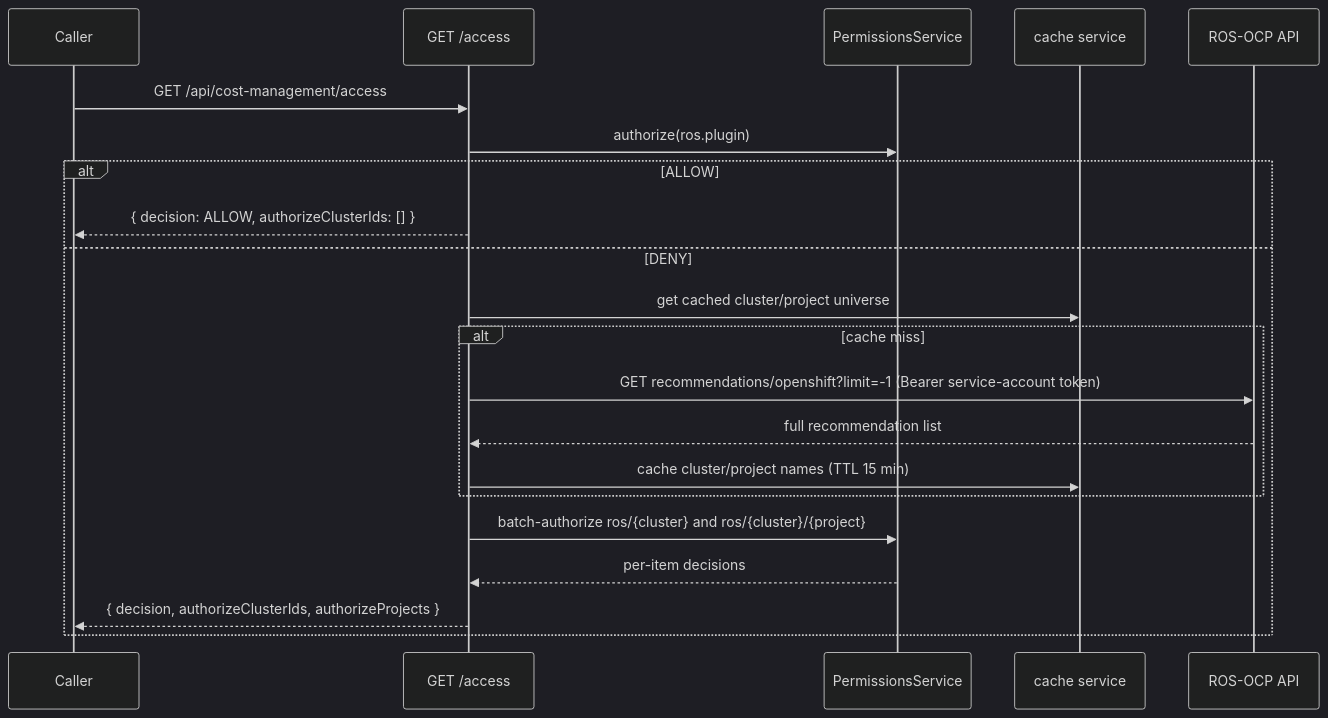
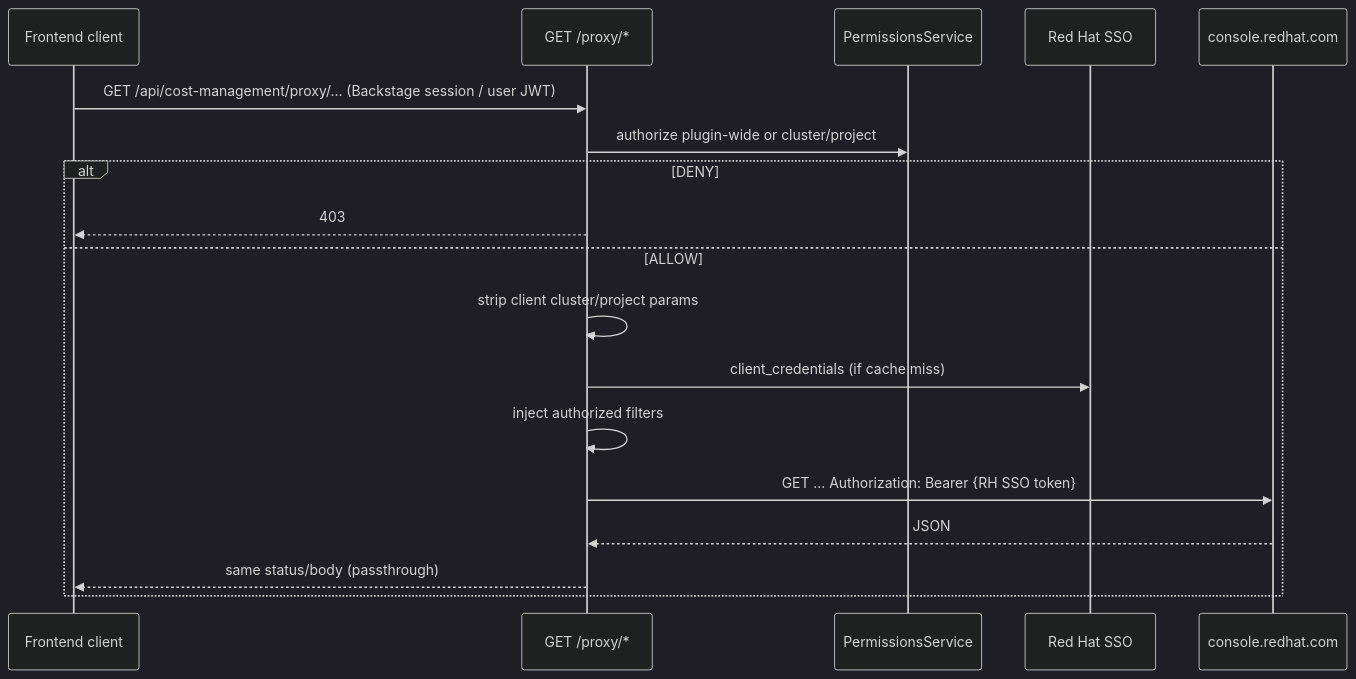
The second of 2 diagrams in workspaces/cost-management/docs/api-flow.md (redhat-developer/rhdh-plugins), drawn with Mermaid (dark theme) before and after one commit. The commit also changed other lines of this file and 4 other files, not shown here.

First line of the commit message:
docs(cost-management): streamline architecture and API walkthrough docs

````diff
--- a/workspaces/cost-management/docs/api-flow.md
+++ b/workspaces/cost-management/docs/api-flow.md
@@ -282,24 +80,21 @@
 ```mermaid
 sequenceDiagram
-    participant Caller
-    participant BE as GET /access
+    participant FE as Frontend client
+    participant BE as GET /proxy/*
     participant Perm as PermissionsService
-    participant Cache as cache service
-    participant API as ROS-OCP API
+    participant SSO as Red Hat SSO
+    participant API as console.redhat.com
 
-    Caller->>BE: GET /api/cost-management/access
-    BE->>Perm: authorize(ros.plugin)
-    alt ALLOW
-        BE-->>Caller: { decision: ALLOW, authorizeClusterIds: [] }
-    else DENY
-        BE->>Cache: get cached cluster/project universe
-        alt cache miss
-            BE->>API: GET recommendations/openshift?limit=-1 (Bearer service-account token)
-            API-->>BE: full recommendation list
-            BE->>Cache: cache cluster/project names (TTL 15 min)
-        end
-        BE->>Perm: batch-authorize ros/{cluster} and ros/{cluster}/{project}
-        Perm-->>BE: per-item decisions
-        BE-->>Caller: { decision, authorizeClusterIds, authorizeProjects }
+    FE->>BE: GET /api/cost-management/proxy/... (Backstage session / user JWT)
+    BE->>Perm: authorize plugin-wide or cluster/project
+    alt DENY
+        BE-->>FE: 403
+    else ALLOW
+        BE->>BE: strip client cluster/project params
+        BE->>SSO: client_credentials (if cache miss)
+        BE->>BE: inject authorized filters
+        BE->>API: GET ... Authorization: Bearer {RH SSO token}
+        API-->>BE: JSON
+        BE-->>FE: same status/body (passthrough)
     end
 ```
````
